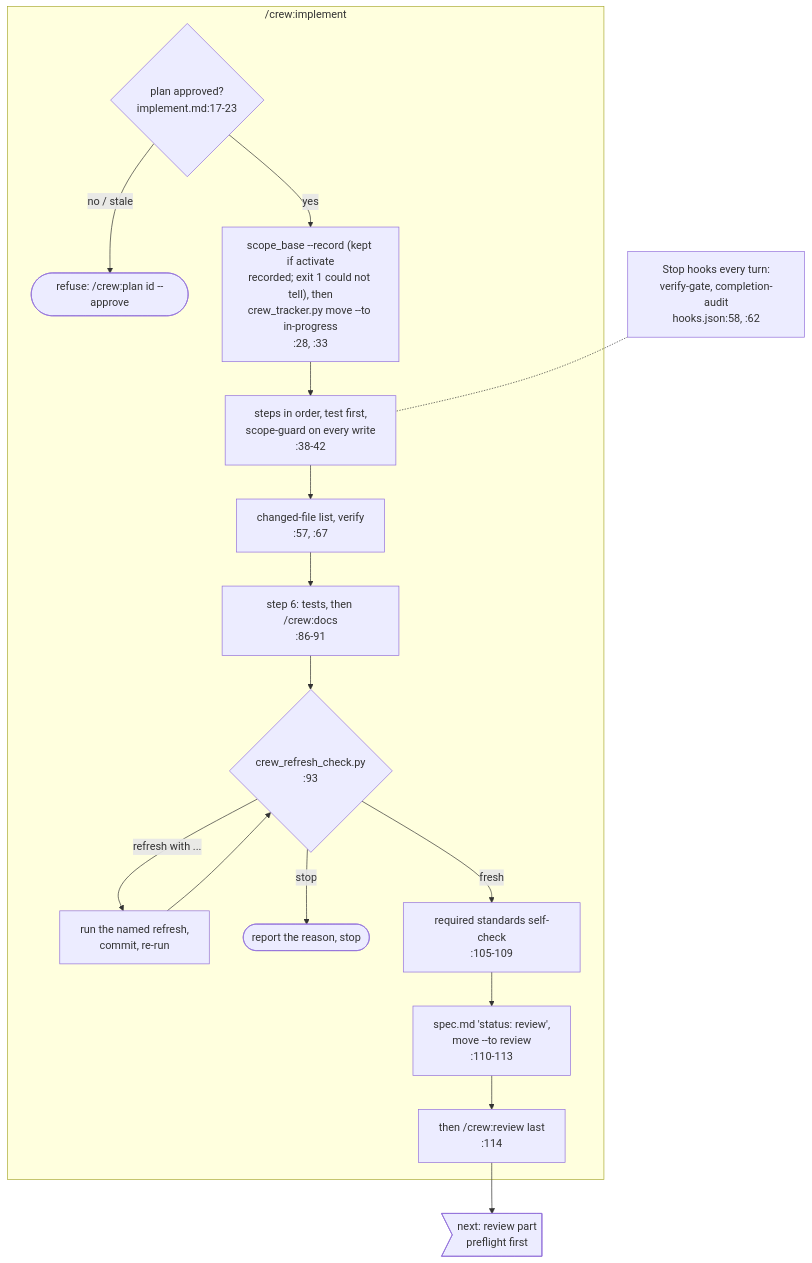
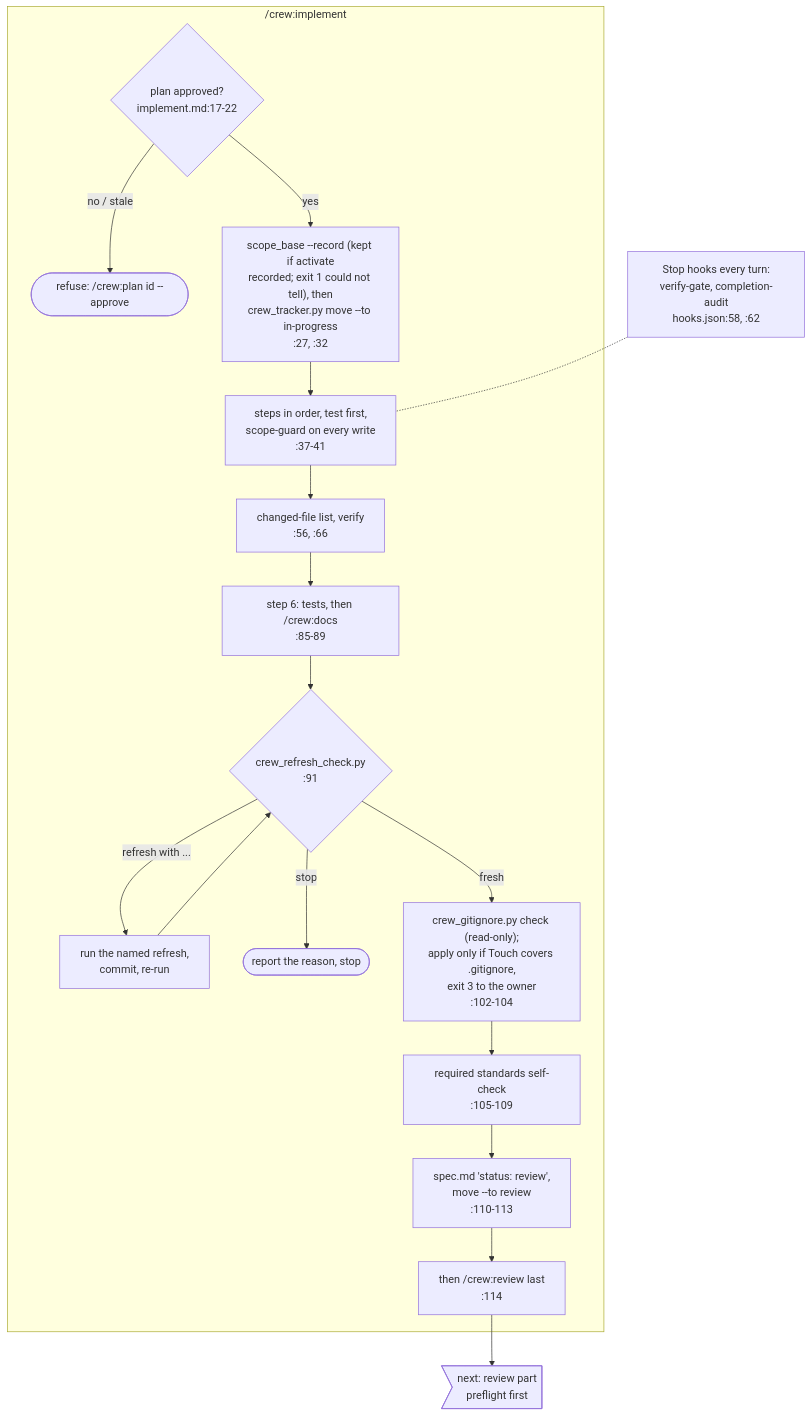
The diagram in docs/diagrams/process-crew-lifecycle-implement.mmd (mbadali25/useful-claude-add-ons), drawn with Mermaid before and after one commit. The commit also changed 12 other files, not shown here.

```diff
--- a/docs/diagrams/process-crew-lifecycle-implement.mmd
+++ b/docs/diagrams/process-crew-lifecycle-implement.mmd
@@ -1,50 +1,55 @@
-%% Generated from useful-claude-add-ons@f808e5f0 on 2026-10-03. Verify before trusting.
+%% Generated from useful-claude-add-ons@affbfab0 on 2026-10-04. Verify before trusting.
 %% Anchors: plugin/crew/commands/implement.md, plugin/crew/hooks/hooks.json, plugin/crew/hooks/scripts/crew_ticket.py, plugin/crew/hooks/scripts/crew_tracker.py, plugin/crew/hooks/scripts/crew_refresh_check.py, plugin/crew/hooks/scripts/crew_standards.py
 %% Purpose: /crew:implement from the approval check to handing over to /crew:review: the plan steps under the scope guard, the refresh-artifacts loop and the required standards self-check.
 %% One part of the crew lifecycle; process-crew-lifecycle.mmd is the overview and keeps the re-anchor history.
 %% Arrow-shaped nodes ("next:" / "back:" / "again:") stand for a node drawn in the named part.
 %% T-0061 (#378, merged with main 38adba44+): im1 relabelled - `crew_ticket.py activate` now records the scope
 %% base at branch cut, so /crew:implement step 1 may report `kept`, and a `tickets.baseBranch` naming no commit
 %% exits 1 "could not tell". Cites :28, :33 re-read on the merged tree.
+%% T-0039 at affbfab0: implement.md step 0 and step 6's opening re-wrapped (two lines saved) and step 6 gained the
+%% read-only `crew_gitignore.py check` after the refresh loop (:102-104; apply only when Touch covers .gitignore).
+%% Cites re-read with sed -n: im0 :17-22, im1 :27, :32, im2 :37-41, im3a :56, :66, im3 :85-89, rf1 :91; sc1, im4
+%% and im5 hold. The gitignore check is drawn as gi1 between the refresh and the self-check.
 %% --
 %% Every node cites the command file's own line; files are named repo-relative
 %% here and by basename in the nodes (all under plugin/crew/commands/ unless
 %% named otherwise):
 %%   plugin/crew/commands/implement.md:14-17 refuses unless `crew_ticket.py validate`
 %%     reports the plan approved; :31 scope_base --record, then crew_tracker.py
 %%     move --to in-progress (:36, `--reopen` on a successor plan :37); :41 steps
 %%     in order, test first; :59 changed-file list; :69 verify; :89-112 step 6:
 %%     tests, then docs, then crew_refresh_check.py (:96) and the commands its
 %%     lines name, committed, until `fresh` or a `stop`; then spec.md header
 %%     `status: review`, which keeps the approval (:107-109), and crew_tracker.py
 %%     move --to review (:110-111); then /crew:review last (:112). :114-118
 %%     step 7: done is /crew:done's.
 %%     Scope guard: plugin/crew/hooks/hooks.json:31 (scope-guard.sh, PreToolUse).
 %%     Stop hooks: plugin/crew/hooks/hooks.json:58 (verify-gate.sh), :62 (completion-audit.sh).
 %% --
 %% Note im0: crew_ticket.py validate
 %% Note im2: recurring-findings checklist for the Touch paths, then steps in order;
 %%    hooks.json:31 (PreToolUse, Touch)
 %% Note sc1: crew_standards.py init, answer every row, crew_standards.py stamp until exit 0
 %% Note im4: spec.md header 'status: review' (keeps the approval), crew_tracker.py move --to
 %%    review (Review lane: review outstanding)
 flowchart TB
     subgraph implement["/crew:implement"]
-        im0{"plan approved?<br/>implement.md:17-23"}
+        im0{"plan approved?<br/>implement.md:17-22"}
         im0 -- "no / stale" --> imx([refuse: /crew:plan id --approve])
-        im0 -- yes --> im1["scope_base --record (kept if activate<br/>recorded; exit 1 could not tell), then<br/>crew_tracker.py move --to in-progress<br/>:28, :33"]
-        im1 --> im2["steps in order, test first,<br/>scope-guard on every write<br/>:38-42"]
-        im2 --> im3a["changed-file list, verify<br/>:57, :67"]
-        im3a --> im3["step 6: tests, then /crew:docs<br/>:86-91"]
-        im3 --> rf1{"crew_refresh_check.py<br/>:93"}
+        im0 -- yes --> im1["scope_base --record (kept if activate<br/>recorded; exit 1 could not tell), then<br/>crew_tracker.py move --to in-progress<br/>:27, :32"]
+        im1 --> im2["steps in order, test first,<br/>scope-guard on every write<br/>:37-41"]
+        im2 --> im3a["changed-file list, verify<br/>:56, :66"]
+        im3a --> im3["step 6: tests, then /crew:docs<br/>:85-89"]
+        im3 --> rf1{"crew_refresh_check.py<br/>:91"}
         rf1 -- "refresh with ..." --> rf2["run the named refresh,<br/>commit, re-run"]
         rf2 --> rf1
         rf1 -- "stop" --> rfx([report the reason, stop])
-        rf1 -- fresh --> sc1["required standards self-check<br/>:105-109"]
+        rf1 -- fresh --> gi1["crew_gitignore.py check (read-only);<br/>apply only if Touch covers .gitignore,<br/>exit 3 to the owner<br/>:102-104"]
+        gi1 --> sc1["required standards self-check<br/>:105-109"]
         sc1 --> im4["spec.md 'status: review',<br/>move --to review<br/>:110-113"]
         im4 --> im5["then /crew:review last<br/>:114"]
     end
 
     im5 --> to_pf0>"next: review part<br/>preflight first"]
 
     stop["Stop hooks every turn:<br/>verify-gate, completion-audit<br/>hooks.json:58, :62"] -.- im2
```
